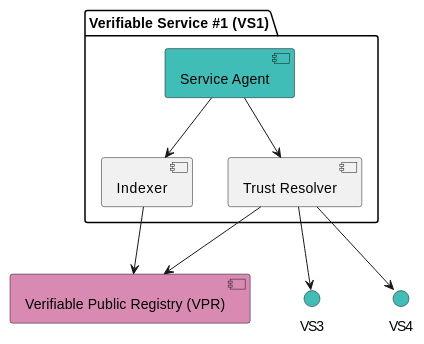
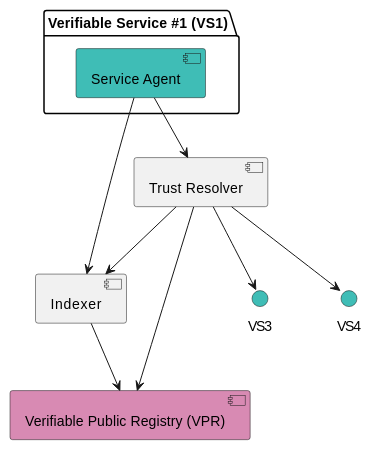
The second of 4 diagrams in docs/learn/verifiable-trust/30-components.md (verana-labs/verana-docs), drawn with PlantUML before and after one commit. The commit also changed other lines of this file, not shown here.

````diff
--- a/docs/learn/verifiable-trust/30-components.md
+++ b/docs/learn/verifiable-trust/30-components.md
@@ -30,30 +30,33 @@
 ```plantuml
 @startuml
 
 [Verifiable Public Registry (VPR)] as VPR #D88AB3
 
 
 package "Verifiable Service #1 (VS1)" as VS1  {
   [Service Agent] as VS1sa #3fbdb6
-    [Trust Resolver] as VS1tr
+   
+}
+[Trust Resolver] as VS1tr
     [Indexer] as VS1idx
     VS1sa --> VS1tr
     VS1sa --> VS1idx
-}
+    VS1tr --> VS1idx
+
 
 interface VS3 #3fbdb6
 interface VS4 #3fbdb6
 
 
 
 
 VS1tr --> VPR
 VS1tr --> VS3
 VS1tr --> VS4
 
 VS1idx --> VPR
 
 
 @enduml
 
 ```
````
